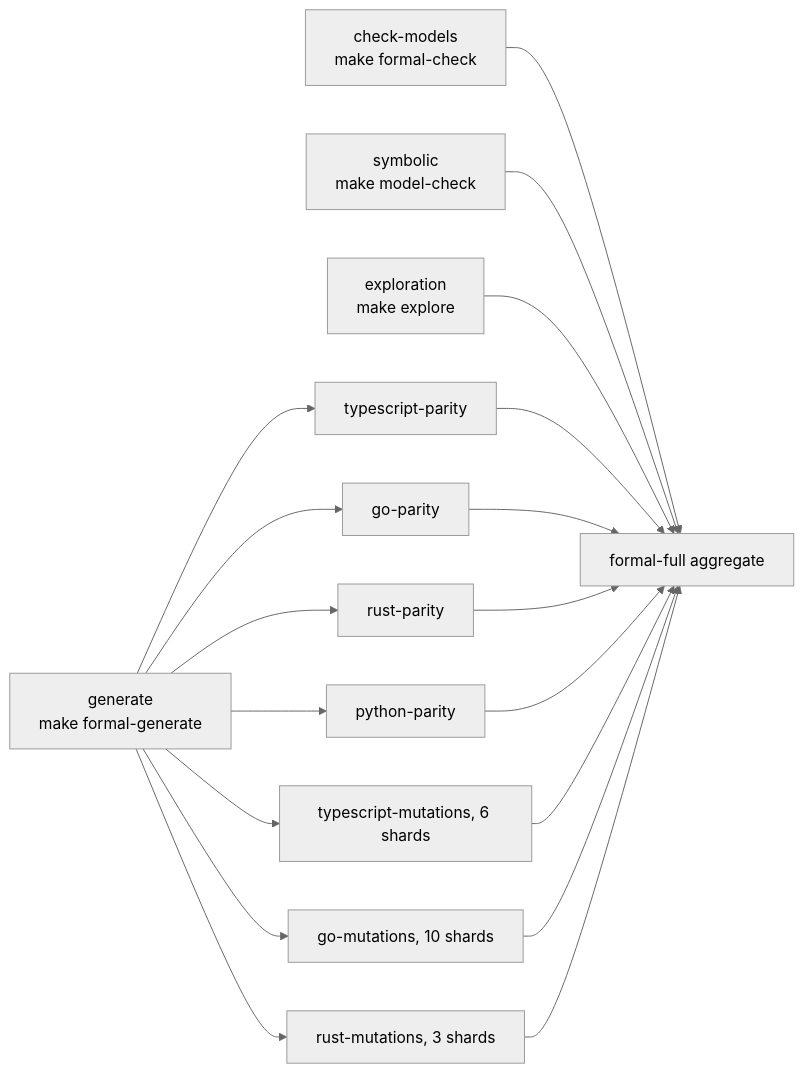
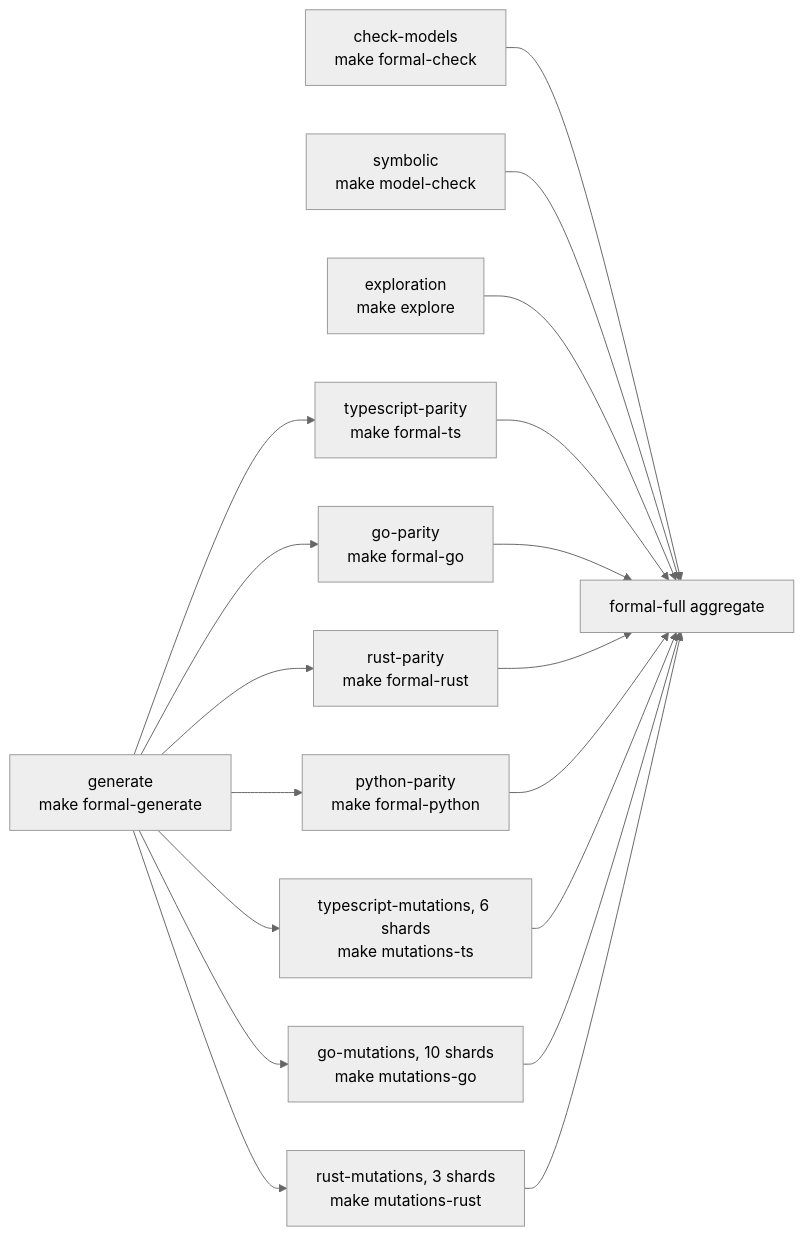
The second of 2 diagrams in formal/README.md (lan17/DialCache), drawn with Mermaid (neutral theme) before and after one commit. The commit also changed other lines of this file and 2 other files, not shown here.

First line of the commit message:
docs(formal): prose pass on the landing README after review

````diff
--- a/formal/README.md
+++ b/formal/README.md
@@ -238,10 +224,10 @@
 ```mermaid
 flowchart LR
   CM["check-models<br/>make formal-check"]
   GE["generate<br/>make formal-generate"]
   SY["symbolic<br/>make model-check"]
   EX["exploration<br/>make explore"]
-  GE --> TP["typescript-parity"] & GP["go-parity"] & RP["rust-parity"] & PP["python-parity"]
-  GE --> TM["typescript-mutations, 6 shards"] & GM["go-mutations, 10 shards"] & RMU["rust-mutations, 3 shards"]
-  CM & SY & EX & TP & GP & RP & PP & TM & GM & RMU --> AG["formal-full aggregate"]
+  GE --> TSP["typescript-parity<br/>make formal-ts"] & GOP["go-parity<br/>make formal-go"] & RSP["rust-parity<br/>make formal-rust"] & PYP["python-parity<br/>make formal-python"]
+  GE --> TSM["typescript-mutations, 6 shards<br/>make mutations-ts"] & GOM["go-mutations, 10 shards<br/>make mutations-go"] & RSM["rust-mutations, 3 shards<br/>make mutations-rust"]
+  CM & SY & EX & TSP & GOP & RSP & PYP & TSM & GOM & RSM --> AG["formal-full aggregate"]
 ```
````
